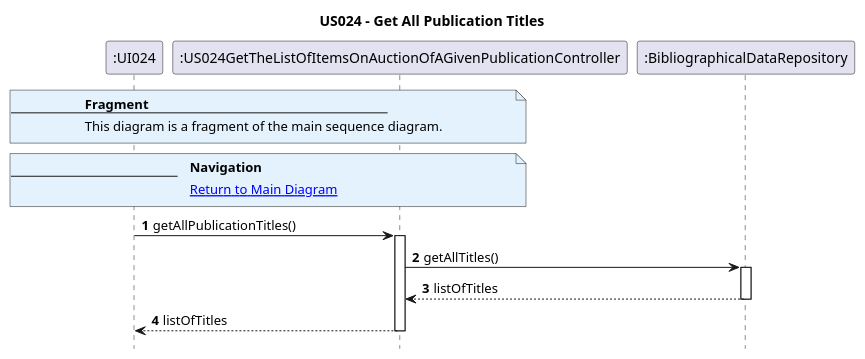
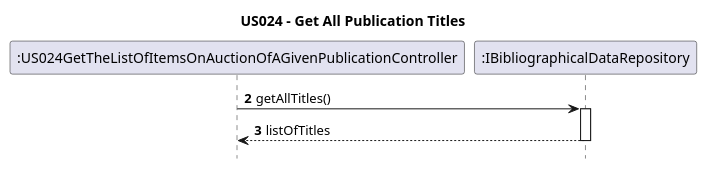
One commit to AndrePereiraGitH/SWitCH-Project-Team_A changed the diagram in Diagrams/SequenceDiagrams/N2/US024_Get_List_Of_Items_Auction_Of_Given_Publication/2.GetAllPublicationTitles.puml. Above: the diagram before and after it, drawn with PlantUML. The commit also changed 6 other files, not shown here.

```diff
--- a/Diagrams/SequenceDiagrams/N2/US024_Get_List_Of_Items_Auction_Of_Given_Publication/2.GetAllPublicationTitles.puml
+++ b/Diagrams/SequenceDiagrams/N2/US024_Get_List_Of_Items_Auction_Of_Given_Publication/2.GetAllPublicationTitles.puml
@@ -1,37 +1,14 @@
 @startuml
 hide footbox
-autonumber
-
+autonumber 2
 title US024 - Get All Publication Titles
 
-participant ":UI024" as UI
 participant ":US024GetTheListOfItemsOnAuctionOfAGivenPublicationController" as Ctrl
-participant ":BibliographicalDataRepository" as bdRepo
+participant ":IBibliographicalDataRepository" as bdRepo
 
-note over UI, Ctrl #E3F2FD
-<b>Fragment</b>
----
-This diagram is a fragment of the main sequence diagram.
-end note
-
-note over UI, Ctrl #E3F2FD
-<b>Navigation</b>
----
-[[1.MainDiagram.puml Return to Main Diagram]]
-end note
-
-
-
-UI -> Ctrl : getAllPublicationTitles()
-activate Ctrl
-
-
-Ctrl -> bdRepo : getAllTitles()
+Ctrl -> bdRepo: getAllTitles()
 activate bdRepo
-bdRepo --> Ctrl : listOfTitles
+bdRepo --> Ctrl: listOfTitles
 deactivate bdRepo
 
-Ctrl --> UI : listOfTitles
-deactivate Ctrl
-
 @enduml
```
